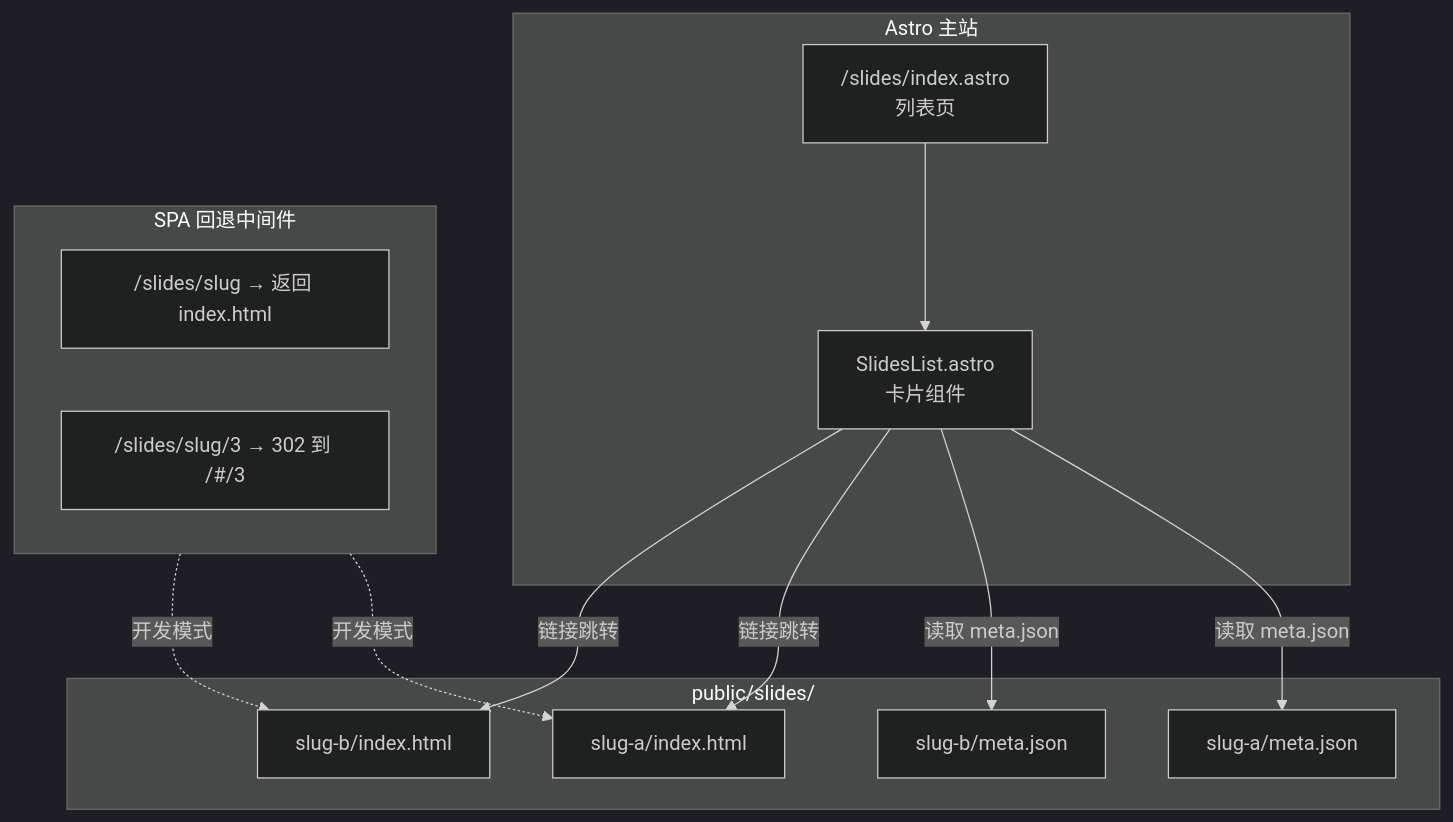
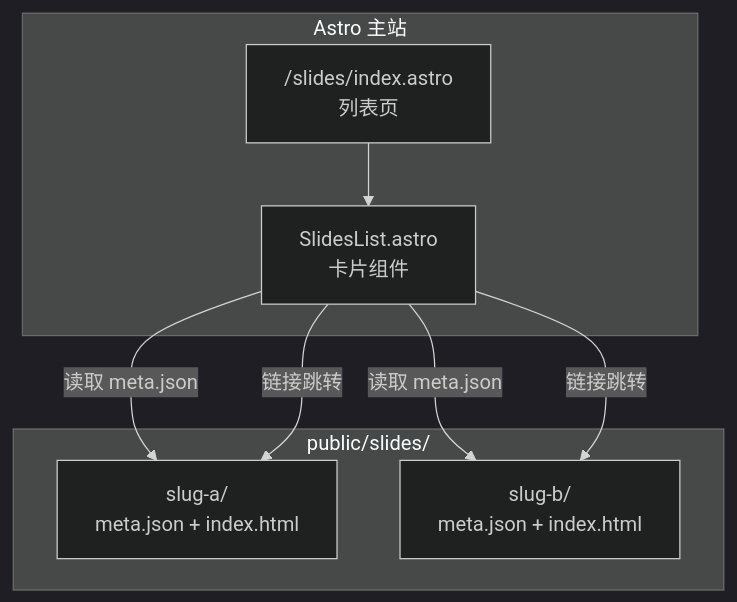
The fifth of 7 diagrams in slides-source/content/echo009-architecture.md (Echo009/Echo009), drawn with Mermaid (dark theme) before and after one commit. The commit also changed other lines of this file and 7 other files, not shown here.

````diff
--- a/slides-source/content/echo009-architecture.md
+++ b/slides-source/content/echo009-architecture.md
@@ -289,27 +287,18 @@
 ```mermaid
 flowchart TD
   subgraph Astro["Astro 主站"]
-    Index["/slides/index.astro<br/>列表页"]
+    List["/slides/index.astro<br/>列表页"]
     Card["SlidesList.astro<br/>卡片组件"]
-    Index --> Card
   end
 
   subgraph Static["public/slides/"]
-    Meta1["slug-a/meta.json"]
-    HTML1["slug-a/index.html"]
-    Meta2["slug-b/meta.json"]
-    HTML2["slug-b/index.html"]
+    S1["slug-a/<br/>meta.json + index.html"]
+    S2["slug-b/<br/>meta.json + index.html"]
   end
 
-  subgraph Middleware["SPA 回退中间件"]
-    M1["/slides/slug → 返回 index.html"]
-    M2["/slides/slug/3 → 302 到 /#/3"]
-  end
-
-  Card -->|"读取 meta.json"| Meta1
-  Card -->|"读取 meta.json"| Meta2
-  Card -->|"链接跳转"| HTML1
-  Card -->|"链接跳转"| HTML2
-  Middleware -.->|"开发模式"| HTML1
-  Middleware -.->|"开发模式"| HTML2
+  List --> Card
+  Card -->|"读取 meta.json"| S1
+  Card -->|"读取 meta.json"| S2
+  Card -->|"链接跳转"| S1
+  Card -->|"链接跳转"| S2
 ```
````
